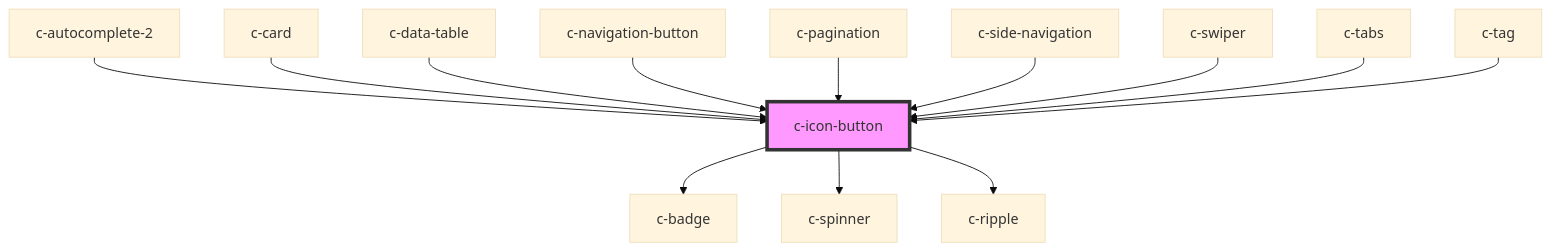
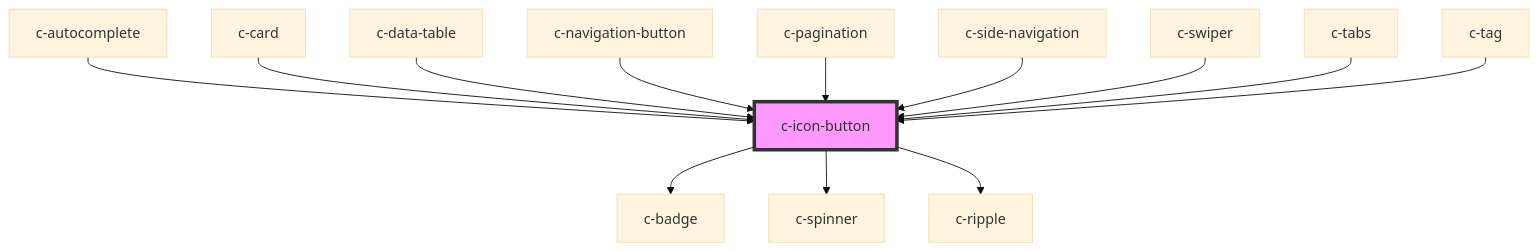
One commit to CSCfi/ui changed the diagram in packages/csc-ui/src/components/c-icon-button/readme.md. Above: the diagram before and after it, drawn with Mermaid (base theme). The commit also changed other lines of this file and 67 other files, not shown here.

````diff
--- a/packages/csc-ui/src/components/c-icon-button/readme.md
+++ b/packages/csc-ui/src/components/c-icon-button/readme.md
@@ -50,16 +165,16 @@
 ```mermaid
 graph TD;
   c-icon-button --> c-badge
   c-icon-button --> c-spinner
   c-icon-button --> c-ripple
-  c-autocomplete-2 --> c-icon-button
+  c-autocomplete --> c-icon-button
   c-card --> c-icon-button
   c-data-table --> c-icon-button
   c-navigation-button --> c-icon-button
   c-pagination --> c-icon-button
   c-side-navigation --> c-icon-button
   c-swiper --> c-icon-button
   c-tabs --> c-icon-button
   c-tag --> c-icon-button
   style c-icon-button fill:#f9f,stroke:#333,stroke-width:4px
 ```
````
